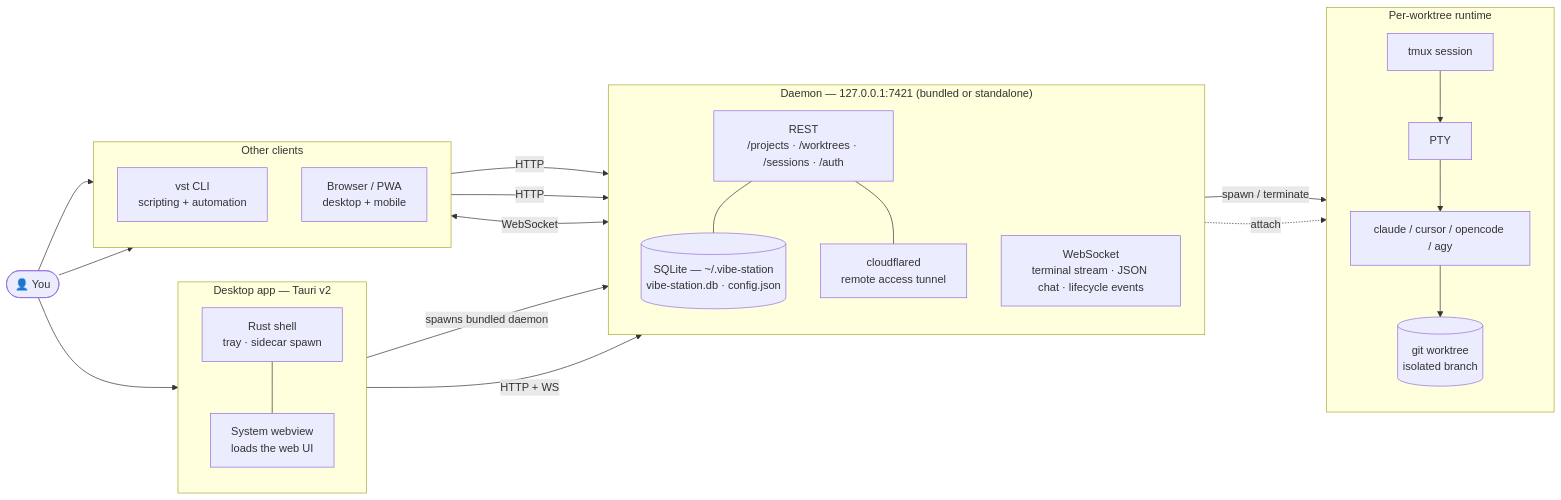
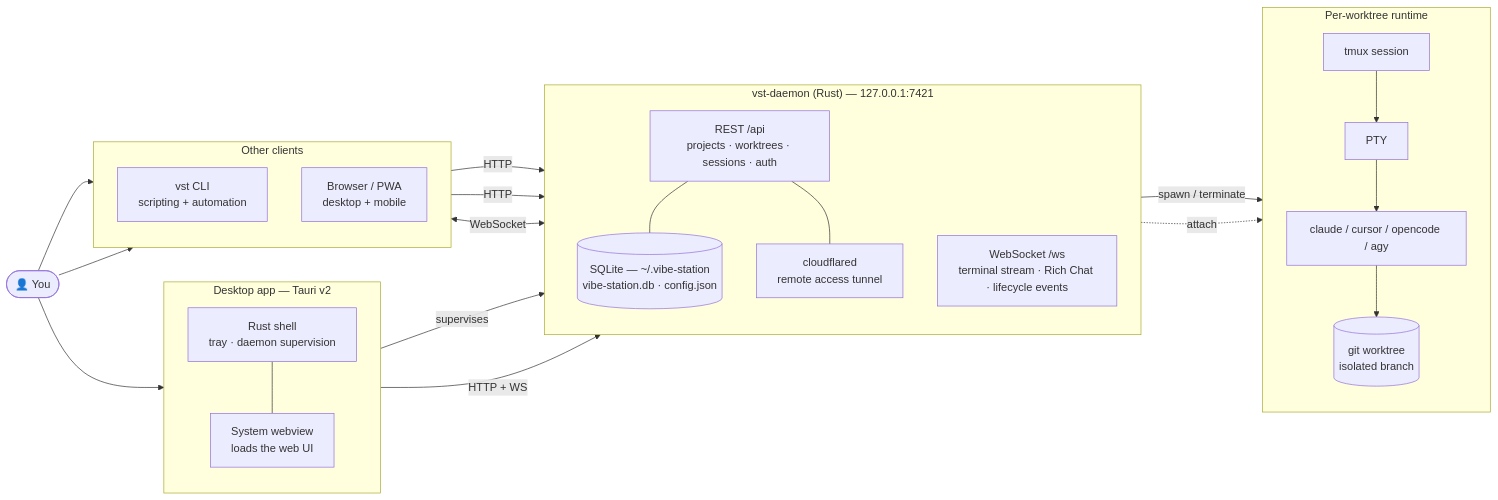
Before and after one commit to fastestdevalive/vibe-station: the diagram in README.md, drawn with Mermaid. The commit also changed other lines of this file and 18 other files, not shown here.

````diff
--- a/README.md
+++ b/README.md
@@ -394,48 +270,48 @@
 ```mermaid
 flowchart LR
   user([👤 You])
 
   subgraph desktop ["Desktop app — Tauri v2"]
     direction TB
-    shell["Rust shell<br/>tray · sidecar spawn"]
+    shell["Rust shell<br/>tray · daemon supervision"]
     webview["System webview<br/>loads the web UI"]
   end
 
   subgraph clients [Other clients]
     direction TB
     cli["vst CLI<br/>scripting + automation"]
     browser["Browser / PWA<br/>desktop + mobile"]
   end
 
-  subgraph daemonbox ["Daemon — 127.0.0.1:7421 (bundled or standalone)"]
+  subgraph daemonbox ["vst-daemon (Rust) — 127.0.0.1:7421"]
     direction TB
-    rest["REST<br/>/projects · /worktrees · /sessions · /auth"]
-    ws["WebSocket<br/>terminal stream · JSON chat · lifecycle events"]
+    rest["REST /api<br/>projects · worktrees · sessions · auth"]
+    ws["WebSocket /ws<br/>terminal stream · Rich Chat · lifecycle events"]
     state[("SQLite — ~/.vibe-station<br/>vibe-station.db · config.json")]
     tunnel["cloudflared<br/>remote access tunnel"]
   end
 
   subgraph runtime ["Per-worktree runtime"]
     direction TB
     tmux["tmux session"]
     pty["PTY"]
     agent["claude / cursor / opencode / agy"]
     repo[("git worktree<br/>isolated branch")]
   end
 
   user --> desktop
   user --> cli
   user --> browser
-  shell -->|spawns bundled daemon| rest
+  shell -->|supervises| rest
   shell --- webview
   webview -->|HTTP + WS| rest
   cli -->|HTTP| rest
   browser -->|HTTP| rest
   browser <-->|WebSocket| ws
   rest --- state
   rest --- tunnel
   rest -->|spawn / terminate| tmux
   ws -.->|attach| tmux
   tmux --> pty --> agent
   agent --> repo
 ```
````
